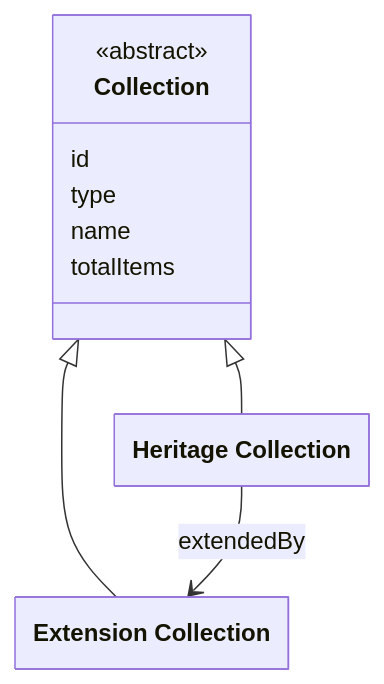
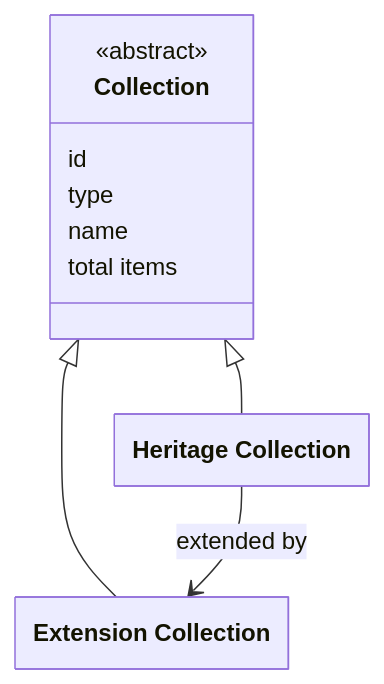
The diagram in docs/requirements/data-layer-api/rest/extensions.md (netwerk-digitaal-erfgoed/netwerk-digitaal-erfgoed.github.io), drawn with Mermaid before and after one commit. The commit also changed other lines of this file and 5 other files, not shown here.

````diff
--- a/docs/requirements/data-layer-api/rest/extensions.md
+++ b/docs/requirements/data-layer-api/rest/extensions.md
@@ -29,24 +29,24 @@
 ```mermaid
 ---
   config:
     class:
       hideEmptyMembersBox: true
 ---
 classDiagram
 
 class Collection {
   <<abstract>>
   id
   type
   name
-  totalItems
+  total items
 }
 
 class HeritageCollection["Heritage Collection"]
 class ExtensionCollection["Extension Collection"]
 
 Collection <|-- HeritageCollection
 Collection <|-- ExtensionCollection
 
-HeritageCollection --> ExtensionCollection : extendedBy
+HeritageCollection --> ExtensionCollection : extended by
 ```
````
